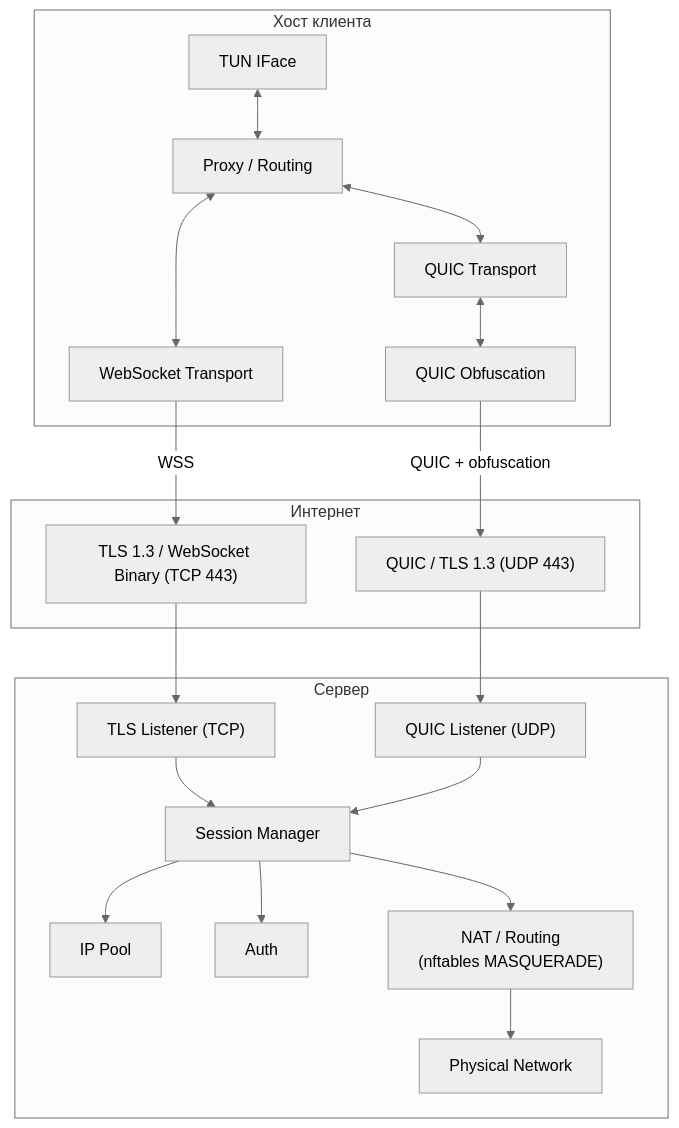
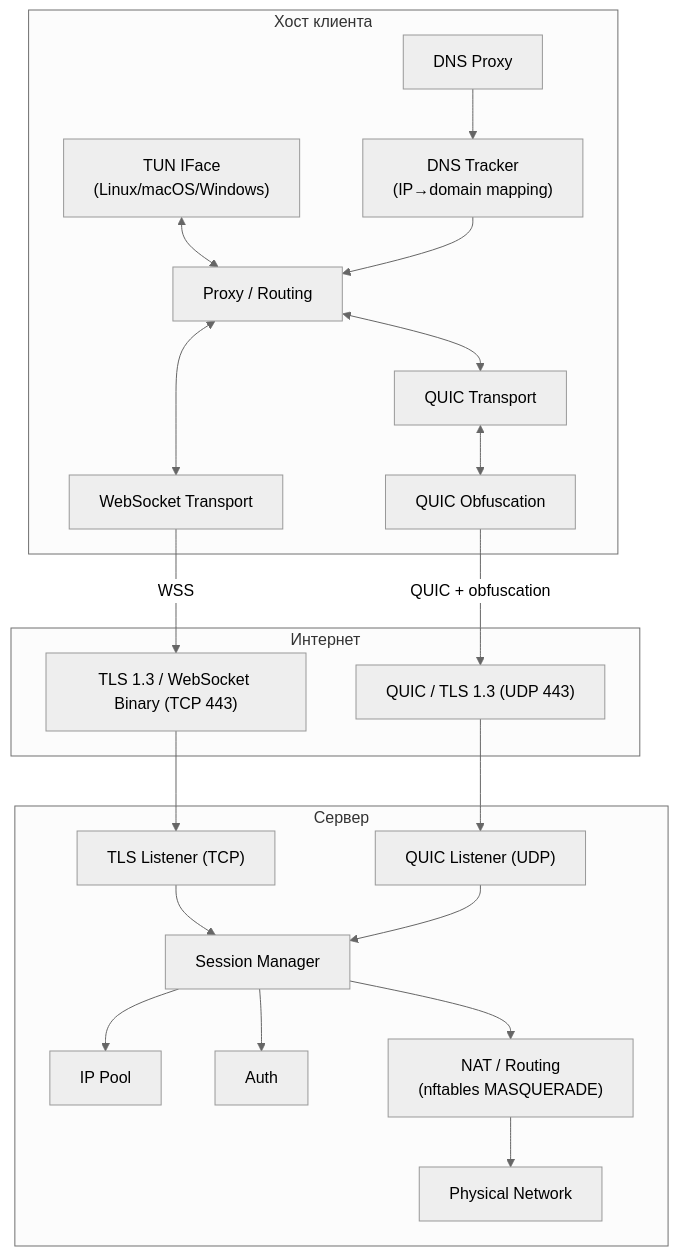
One commit to bzdvdn/kvn-ws changed the diagram in docs/ru/architecture.md. Above: the diagram before and after it, drawn with Mermaid (neutral theme). The commit also changed other lines of this file and 1 other file, not shown here.

````diff
--- a/docs/ru/architecture.md
+++ b/docs/ru/architecture.md
@@ -9,40 +9,44 @@
 ```mermaid
 flowchart TB
     subgraph Client["Хост клиента"]
-        TUN["TUN IFace"]
+        TUN["TUN IFace<br/>(Linux/macOS/Windows)"]
         PROXY["Proxy / Routing"]
+        DNS_PROXY["DNS Proxy"]
+        DNS_TRACKER["DNS Tracker<br/>(IP→domain mapping)"]
         WS_CLIENT["WebSocket Transport"]
         QUIC_CLIENT["QUIC Transport"]
         OBF["QUIC Obfuscation"]
         TUN <--> PROXY
         PROXY <--> WS_CLIENT
         PROXY <--> QUIC_CLIENT
         QUIC_CLIENT <--> OBF
+        DNS_PROXY --> DNS_TRACKER
+        DNS_TRACKER --> PROXY
     end
 
     subgraph Internet["Интернет"]
         WS_TUNNEL["TLS 1.3 / WebSocket Binary (TCP 443)"]
         QUIC_TUNNEL["QUIC / TLS 1.3 (UDP 443)"]
     end
 
     subgraph Server["Сервер"]
         TLS["TLS Listener (TCP)"]
         QUIC_LN["QUIC Listener (UDP)"]
         SESS["Session Manager"]
         IPPOOL["IP Pool"]
         AUTH["Auth"]
         NAT["NAT / Routing<br/>(nftables MASQUERADE)"]
         PHYS["Physical Network"]
         TLS --> SESS
         QUIC_LN --> SESS
         SESS --> IPPOOL
         SESS --> AUTH
         SESS --> NAT
         NAT --> PHYS
     end
 
     WS_CLIENT -- "WSS" --> WS_TUNNEL
     WS_TUNNEL --> TLS
     OBF -- "QUIC + obfuscation" --> QUIC_TUNNEL
     QUIC_TUNNEL --> QUIC_LN
 ```
````
